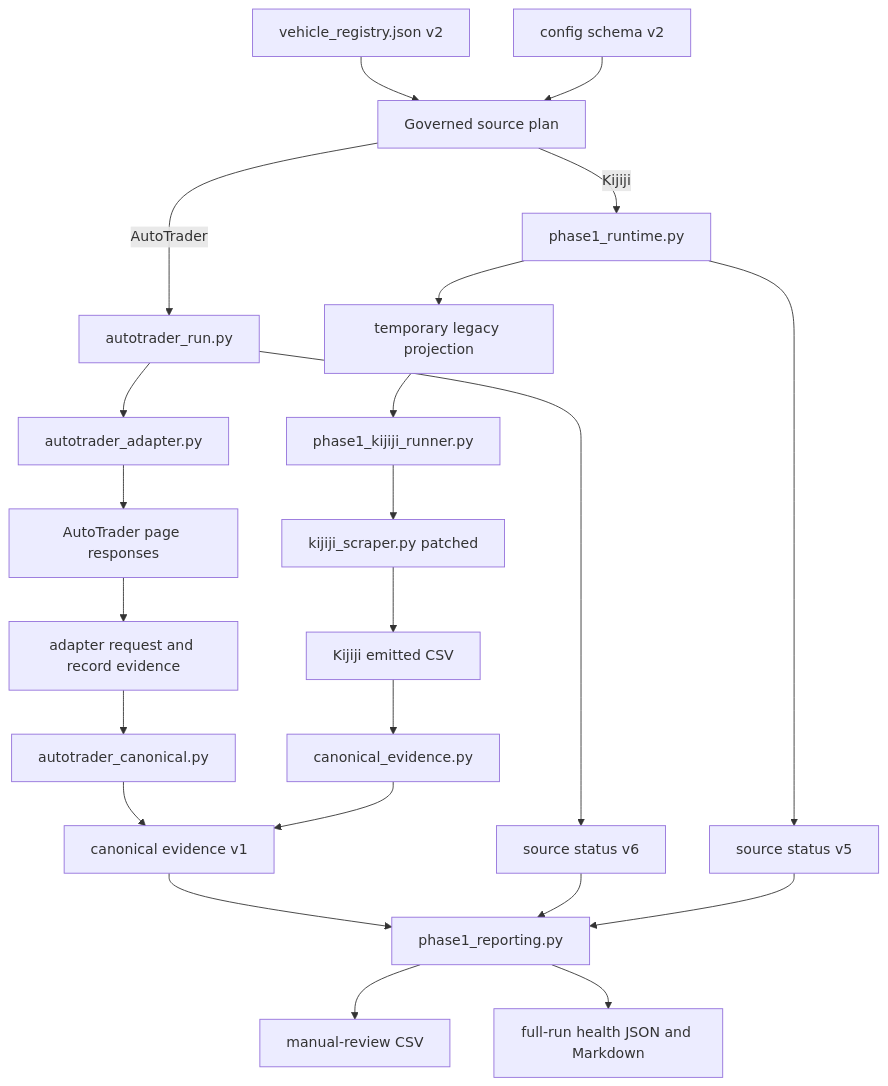
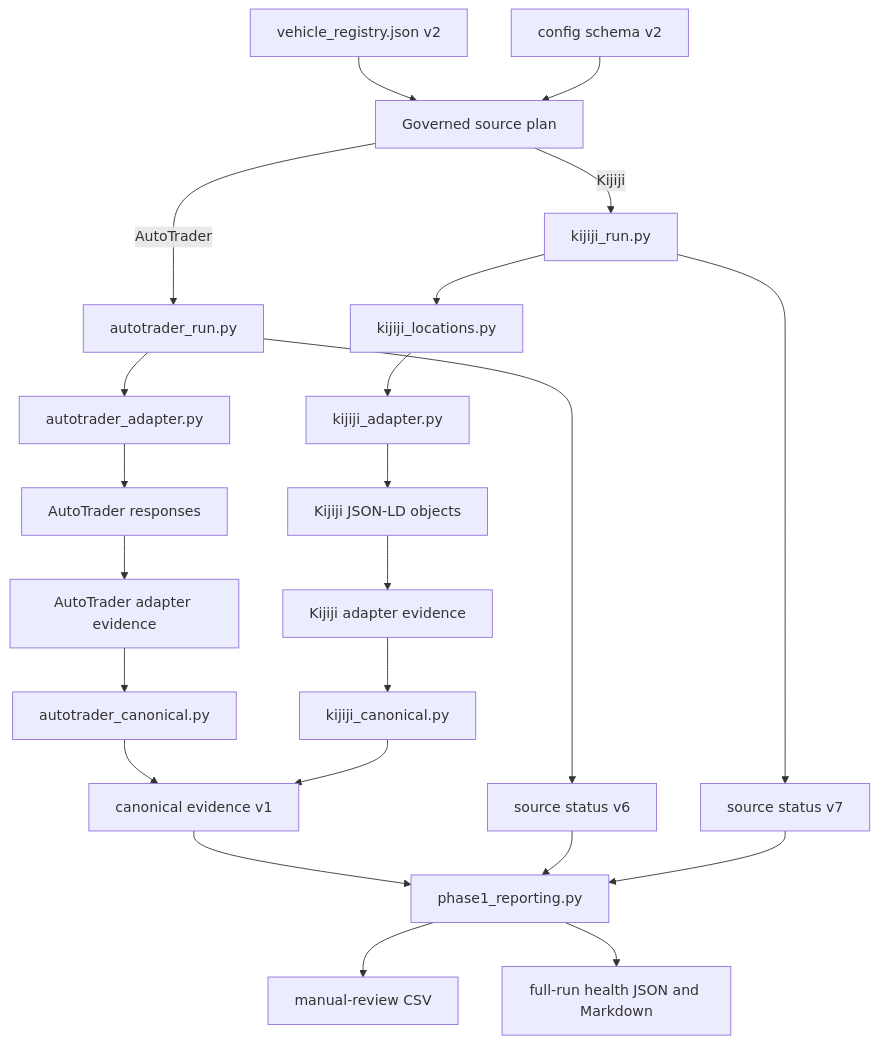
Before and after one commit to Stryker-maker/vehicle_scraper: the diagram in docs/ARCHITECTURE_AND_DATA_FLOW.md, drawn with Mermaid. The commit also changed other lines of this file, not shown here.

Commit message:
Document dual direct-adapter architecture

````diff
--- a/docs/ARCHITECTURE_AND_DATA_FLOW.md
+++ b/docs/ARCHITECTURE_AND_DATA_FLOW.md
@@ -133,28 +120,28 @@
 ```mermaid
 flowchart TD
     R[vehicle_registry.json v2] --> P[Governed source plan]
     C[config schema v2] --> P
 
     P -->|AutoTrader| AR[autotrader_run.py]
     AR --> AA[autotrader_adapter.py]
-    AA --> AP[AutoTrader page responses]
-    AP --> AE[adapter request and record evidence]
+    AA --> AP[AutoTrader responses]
+    AP --> AE[AutoTrader adapter evidence]
     AE --> AC[autotrader_canonical.py]
     AC --> CE[canonical evidence v1]
     AR --> AS[source status v6]
 
-    P -->|Kijiji| KR[phase1_runtime.py]
-    KR --> KP[temporary legacy projection]
-    KP --> KI[phase1_kijiji_runner.py]
-    KI --> KC[kijiji_scraper.py patched]
-    KC --> KCSV[Kijiji emitted CSV]
-    KCSV --> CE2[canonical_evidence.py]
-    CE2 --> CE
-    KR --> KS[source status v5]
+    P -->|Kijiji| KR[kijiji_run.py]
+    KR --> KL[kijiji_locations.py]
+    KL --> KA[kijiji_adapter.py]
+    KA --> KP[Kijiji JSON-LD objects]
+    KP --> KE[Kijiji adapter evidence]
+    KE --> KC[kijiji_canonical.py]
+    KC --> CE
+    KR --> KS[source status v7]
 
     CE --> MR[phase1_reporting.py]
     AS --> MR
     KS --> MR
     MR --> CSV[manual-review CSV]
     MR --> H[full-run health JSON and Markdown]
 ```
````
